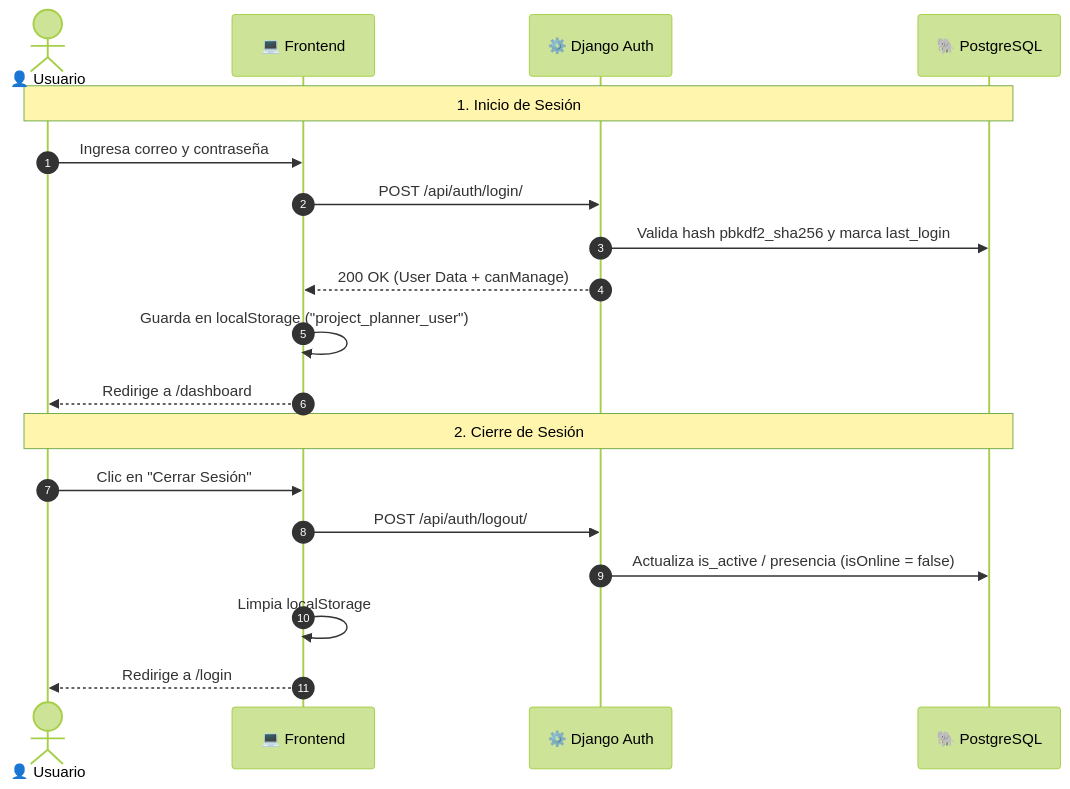
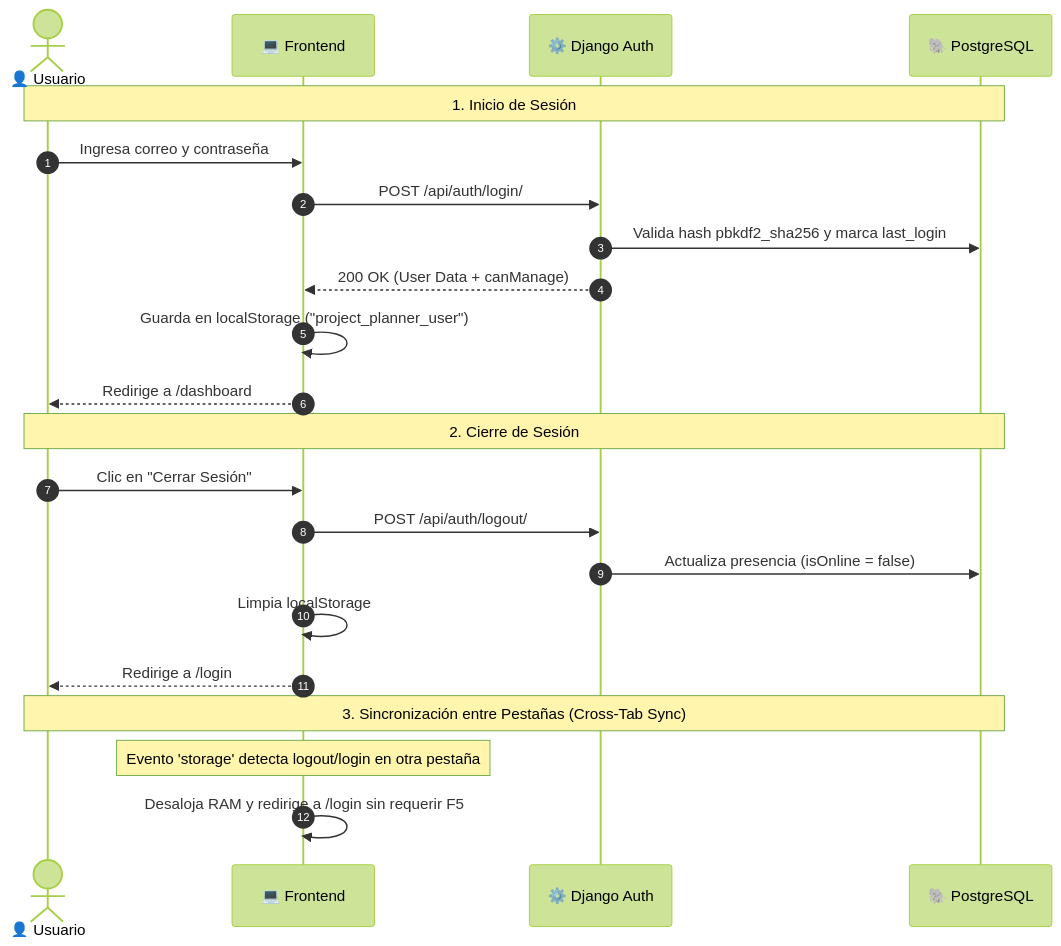
The diagram in docs/modules/01-autenticacion-y-seguridad.md (CruzRonaldo/project-planner), drawn with Mermaid (forest theme) before and after one commit. The commit also changed other lines of this file and 3 other files, not shown here.

````diff
--- a/docs/modules/01-autenticacion-y-seguridad.md
+++ b/docs/modules/01-autenticacion-y-seguridad.md
@@ -40,23 +40,27 @@
 ```mermaid
 sequenceDiagram
     autonumber
     actor U as 👤 Usuario
     participant UI as 💻 Frontend
     participant API as ⚙️ Django Auth
     participant DB as 🐘 PostgreSQL
 
     Note over U,DB: 1. Inicio de Sesión
     U->>UI: Ingresa correo y contraseña
     UI->>API: POST /api/auth/login/
     API->>DB: Valida hash pbkdf2_sha256 y marca last_login
     API-->>UI: 200 OK (User Data + canManage)
     UI->>UI: Guarda en localStorage ("project_planner_user")
     UI-->>U: Redirige a /dashboard
 
     Note over U,DB: 2. Cierre de Sesión
     U->>UI: Clic en "Cerrar Sesión"
     UI->>API: POST /api/auth/logout/
-    API->>DB: Actualiza is_active / presencia (isOnline = false)
+    API->>DB: Actualiza presencia (isOnline = false)
     UI->>UI: Limpia localStorage
     UI-->>U: Redirige a /login
+
+    Note over U,DB: 3. Sincronización entre Pestañas (Cross-Tab Sync)
+    Note over UI: Evento 'storage' detecta logout/login en otra pestaña
+    UI->>UI: Desaloja RAM y redirige a /login sin requerir F5
 ```
````
